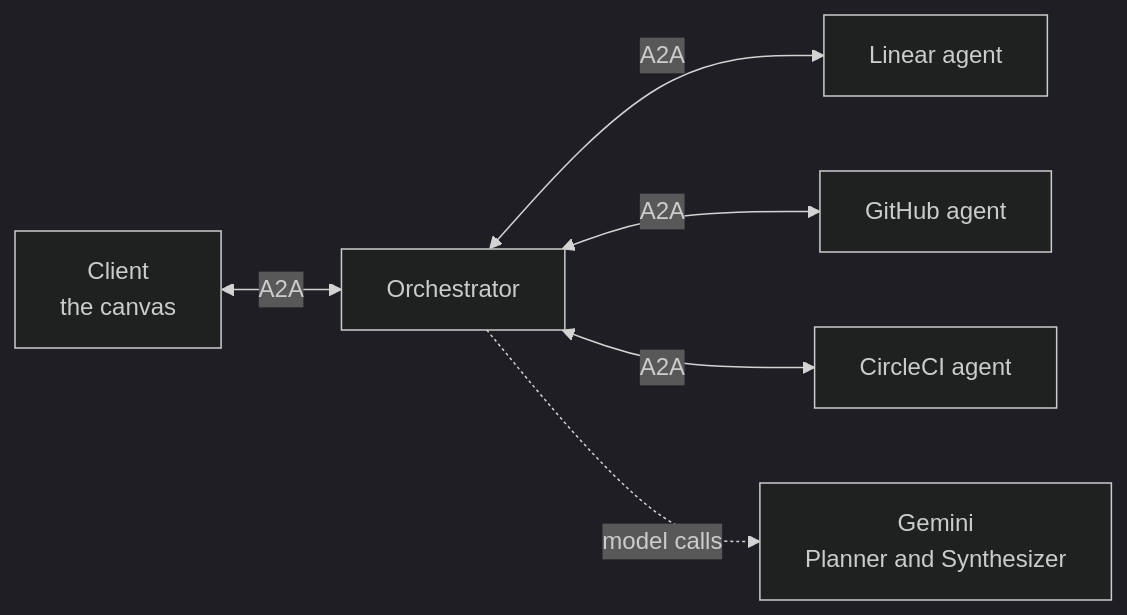
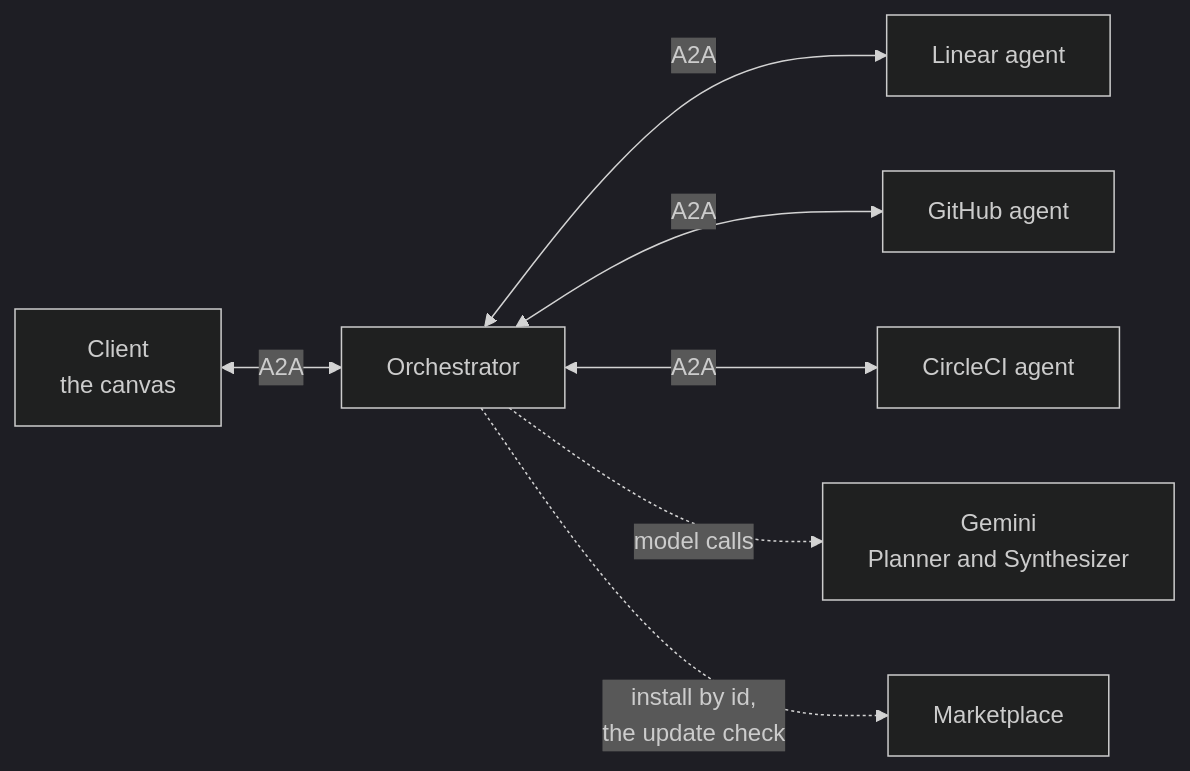
Before and after one commit to retz8/a2uiverse: the diagram in README.md, drawn with Mermaid (dark theme). The commit also changed other lines of this file, not shown here.

````diff
--- a/README.md
+++ b/README.md
@@ -94,8 +127,9 @@
 ```mermaid
 flowchart LR
     C["Client<br/>the canvas"] <-->|A2A| O["Orchestrator"]
     O <-->|A2A| L["Linear agent"]
     O <-->|A2A| G["GitHub agent"]
     O <-->|A2A| CI["CircleCI agent"]
     O -.->|model calls| M["Gemini<br/>Planner and Synthesizer"]
+    O -.->|install by id,<br/>the update check| MK["Marketplace"]
 ```
````
